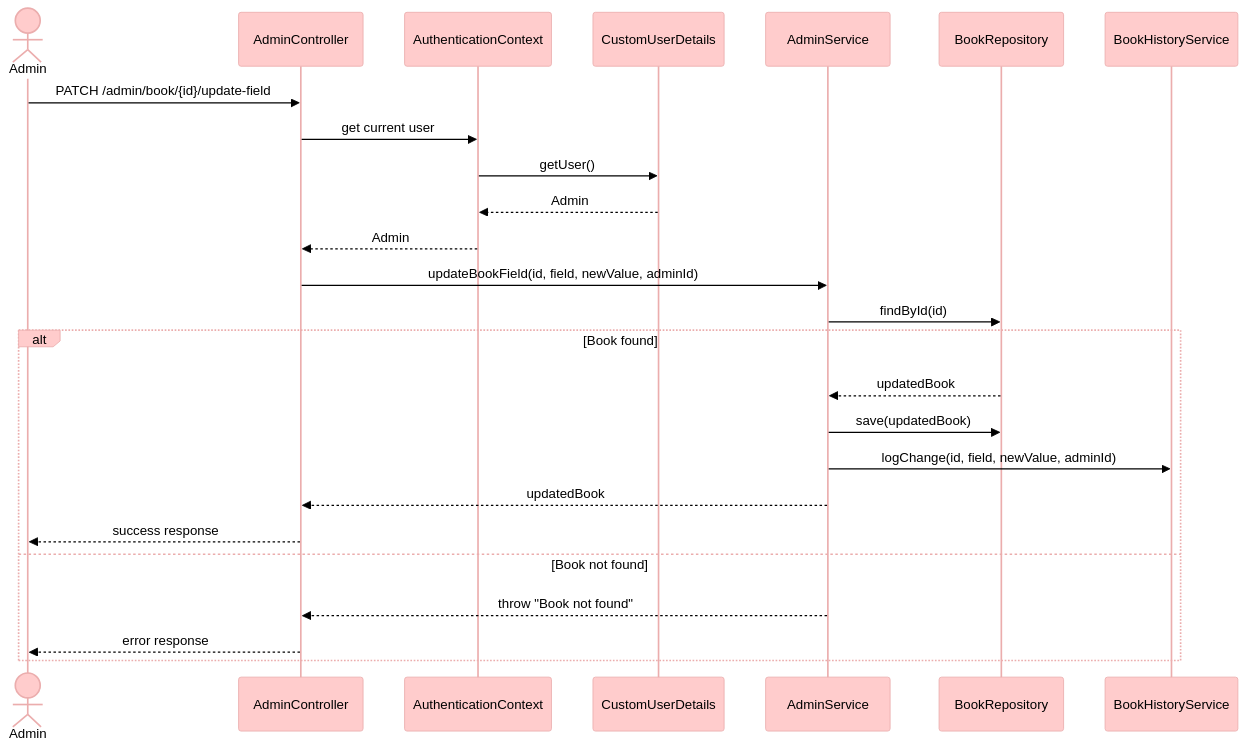
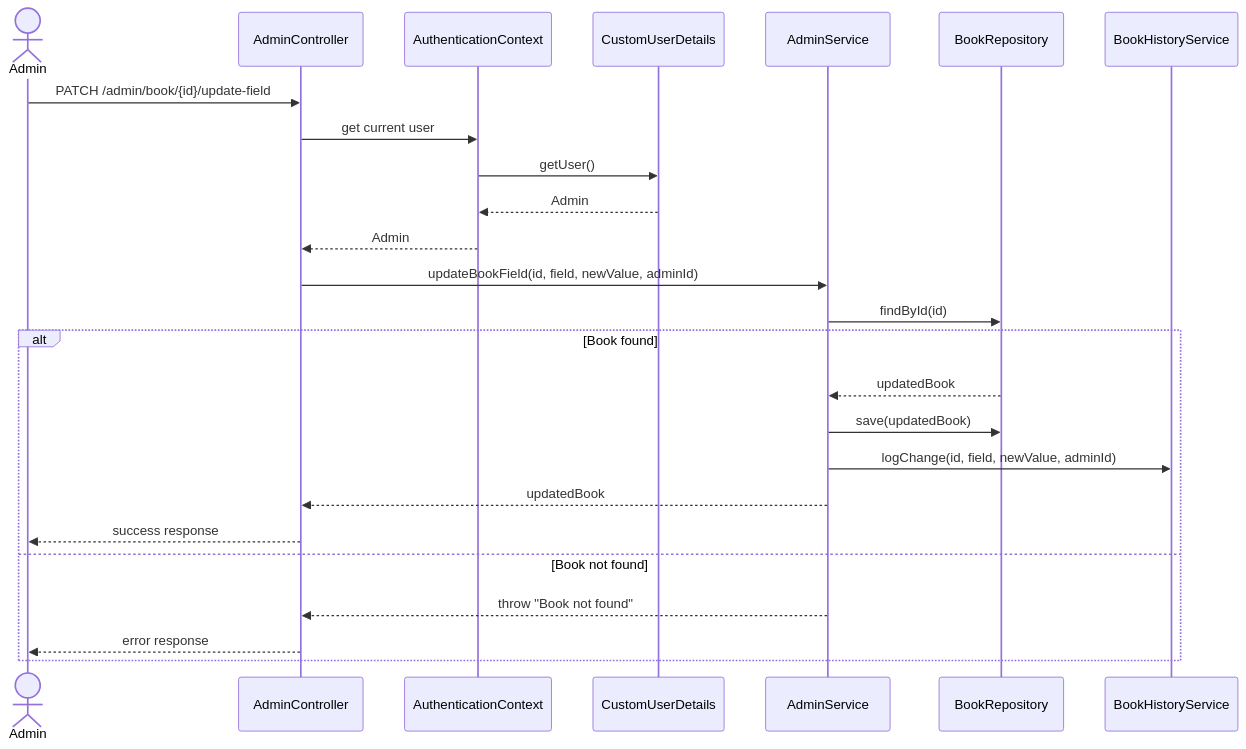
The second of 4 diagrams in README.md (nourhammmad/Book-Store-System), drawn with Mermaid before and after one commit.

Commit message:
fix: remove color from sequence diagram

````diff
--- a/README.md
+++ b/README.md
@@ -228,35 +228,31 @@
 ```mermaid
-%%{init:{'theme':'base','themeVariables':{'primaryColor':'#ffcccc',
-'edgeColor':'#cc0000','primaryTextColor':'#000000',
-'lineColor':'#cc0000'}}
-}%%
 sequenceDiagram
     actor Admin
     participant AdminController
     participant AuthenticationContext
     participant CustomUserDetails
     participant AdminService
     participant BookRepository
     participant BookHistoryService
 
     Admin->>AdminController: PATCH /admin/book/{id}/update-field
     AdminController->>AuthenticationContext: get current user
     AuthenticationContext->>CustomUserDetails: getUser()
     CustomUserDetails-->>AuthenticationContext: Admin
     AuthenticationContext-->>AdminController: Admin
 
     AdminController->>AdminService: updateBookField(id, field, newValue, adminId)
     AdminService->>BookRepository: findById(id)
 
     alt Book found
         BookRepository-->>AdminService: updatedBook
         AdminService->>BookRepository: save(updatedBook)
         AdminService->>BookHistoryService: logChange(id, field, newValue, adminId)
         AdminService-->>AdminController: updatedBook
         AdminController-->>Admin: success response
     else Book not found
         AdminService-->>AdminController: throw "Book not found"
         AdminController-->>Admin: error response
     end
 
 ```
````
